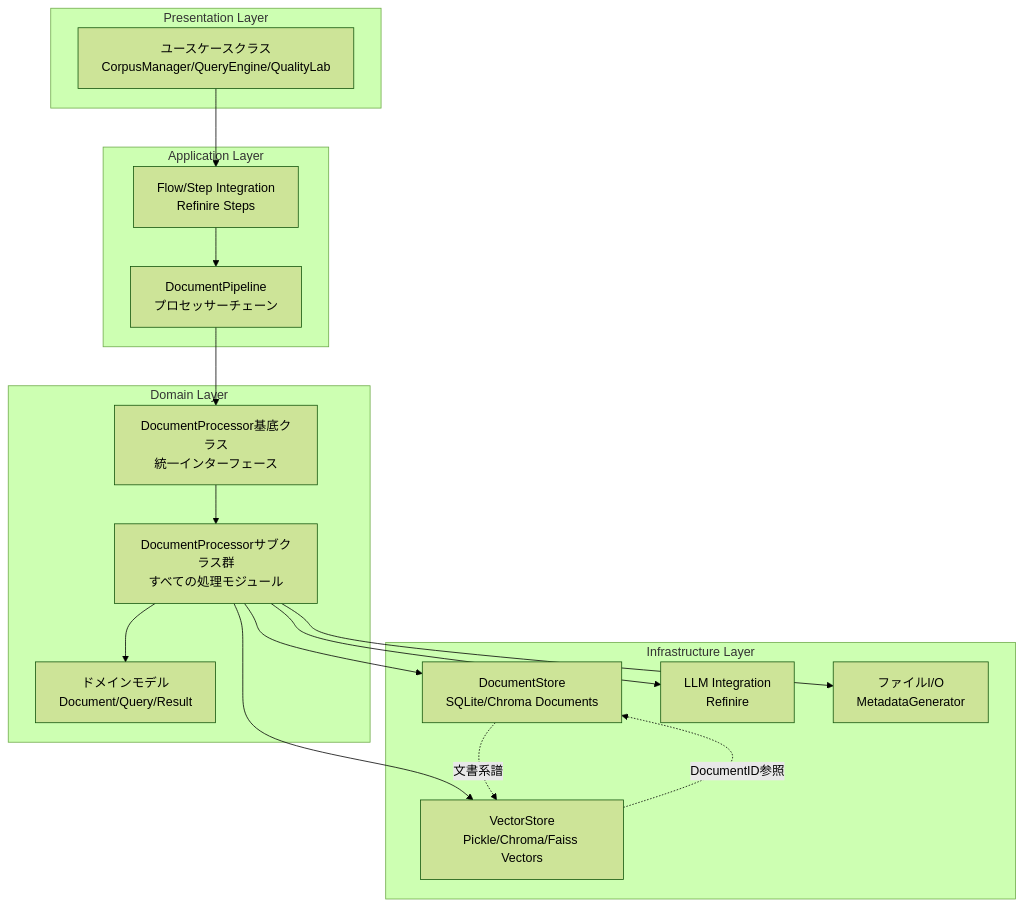
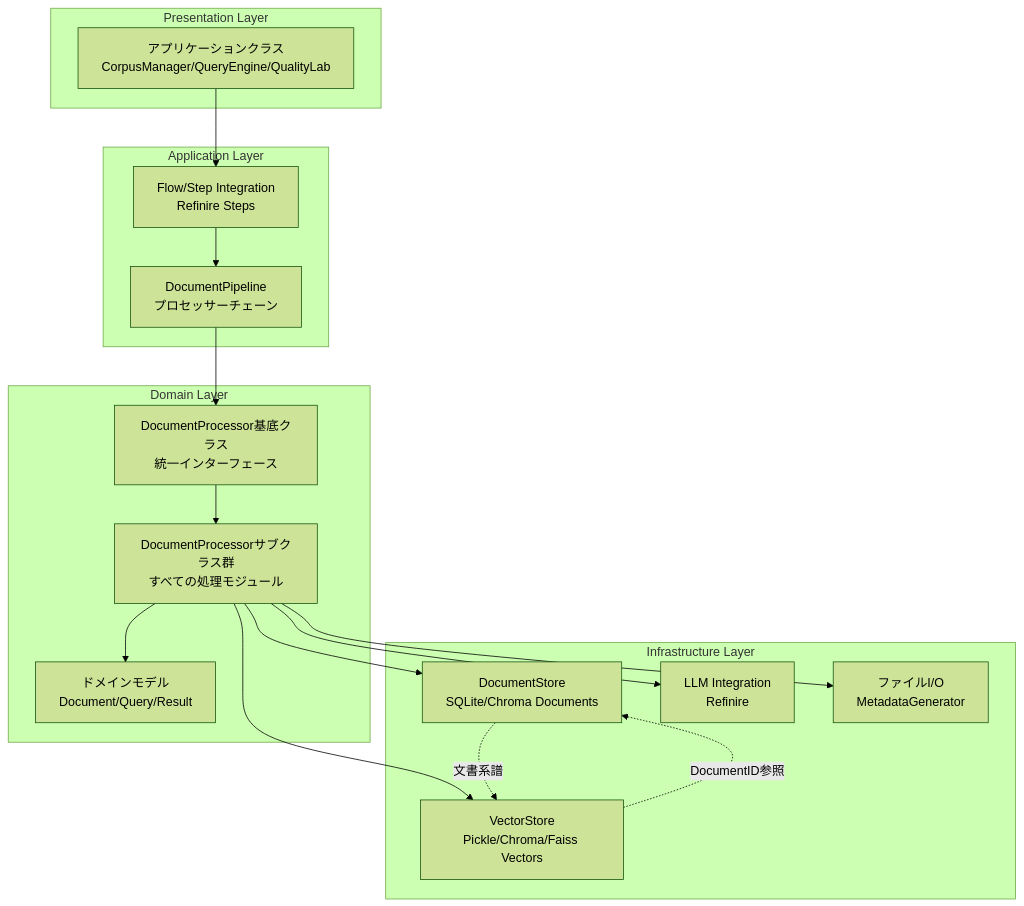
The first of 3 diagrams in docs/architecture.md (kitfactory/refinire_rag), drawn with Mermaid (forest theme) before and after one commit. The commit also changed other lines of this file and 45 other files, not shown here.

````diff
--- a/docs/architecture.md
+++ b/docs/architecture.md
@@ -9,36 +9,36 @@
 ```mermaid
 graph TB
     subgraph "Presentation Layer"
-        UC[ユースケースクラス<br/>CorpusManager/QueryEngine/QualityLab]
+        UC[アプリケーションクラス<br/>CorpusManager/QueryEngine/QualityLab]
     end
     
     subgraph "Application Layer"
         FL[Flow/Step Integration<br/>Refinire Steps]
         DP[DocumentPipeline<br/>プロセッサーチェーン]
     end
     
     subgraph "Domain Layer"
         DM[ドメインモデル<br/>Document/Query/Result]
         BS[DocumentProcessor基底クラス<br/>統一インターフェース]
         BL[DocumentProcessorサブクラス群<br/>すべての処理モジュール]
     end
     
     subgraph "Infrastructure Layer"
         DS[DocumentStore<br/>SQLite/Chroma Documents]
         VS[VectorStore<br/>Pickle/Chroma/Faiss Vectors]
         LM[LLM Integration<br/>Refinire]
         IO[ファイルI/O<br/>MetadataGenerator]
     end
     
     UC --> FL
     FL --> DP
     DP --> BS
     BS --> BL
     BL --> DM
     BL --> DS
     BL --> VS
     BL --> LM
     BL --> IO
     DS -.->|文書系譜| VS
     VS -.->|DocumentID参照| DS
 ```
````
